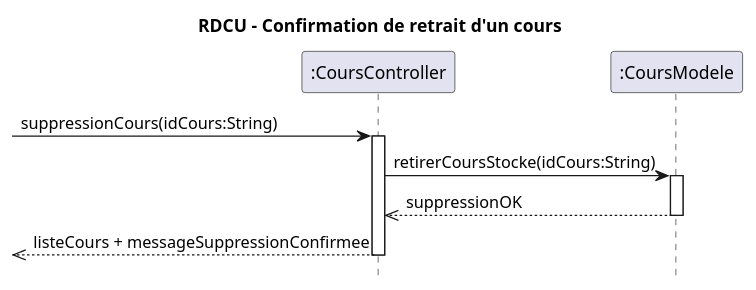
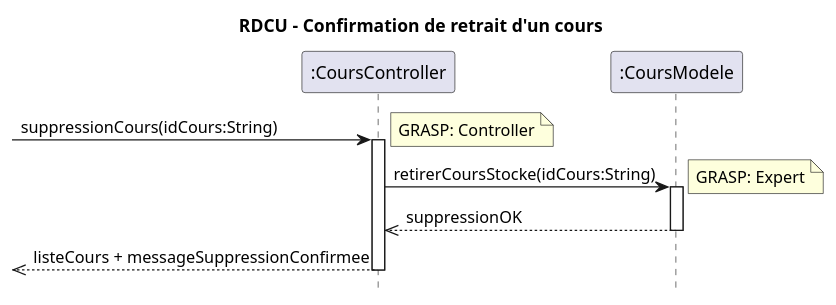
Before and after one commit to xMrYahya/moodle-clone: the diagram in docs/modeles/cu01/rdcu-confirmation-retrait-cours.puml, drawn with PlantUML. The commit also changed 5 other files, not shown here.

```diff
--- a/docs/modeles/cu01/rdcu-confirmation-retrait-cours.puml
+++ b/docs/modeles/cu01/rdcu-confirmation-retrait-cours.puml
@@ -1,16 +1,18 @@
 @startuml
 hide footbox
 title RDCU - Confirmation de retrait d'un cours
 
 participant ":CoursController" as ctrl
 participant ":CoursModele" as modele
 
 -> ctrl : suppressionCours(idCours:String)
+note right: GRASP: Controller
 activate ctrl
 ctrl -> modele : retirerCoursStocke(idCours:String)
+note right: GRASP: Expert
 activate modele
 modele -->> ctrl : suppressionOK
 deactivate modele
 <<-- ctrl : listeCours + messageSuppressionConfirmee
 deactivate ctrl
 @enduml
```
